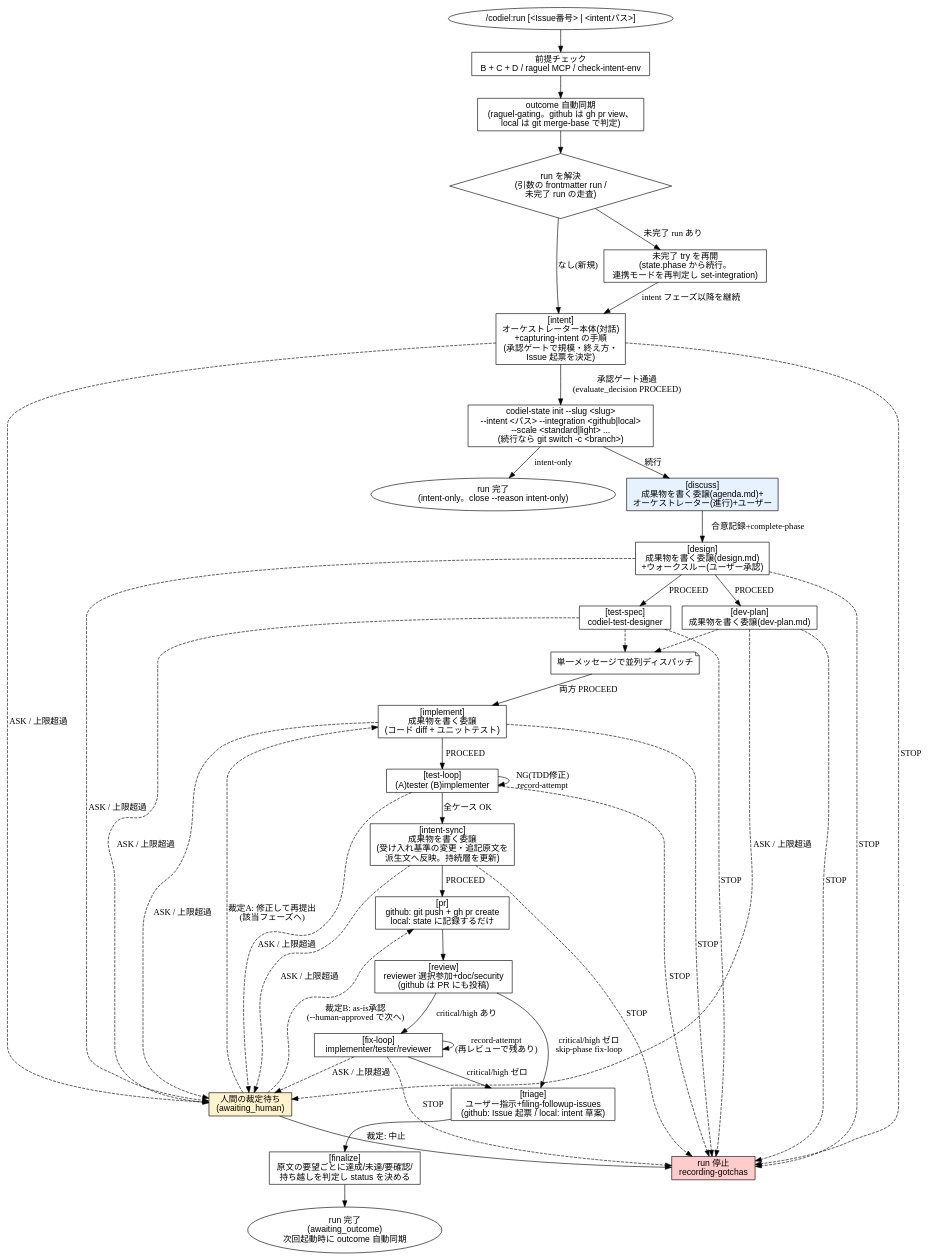
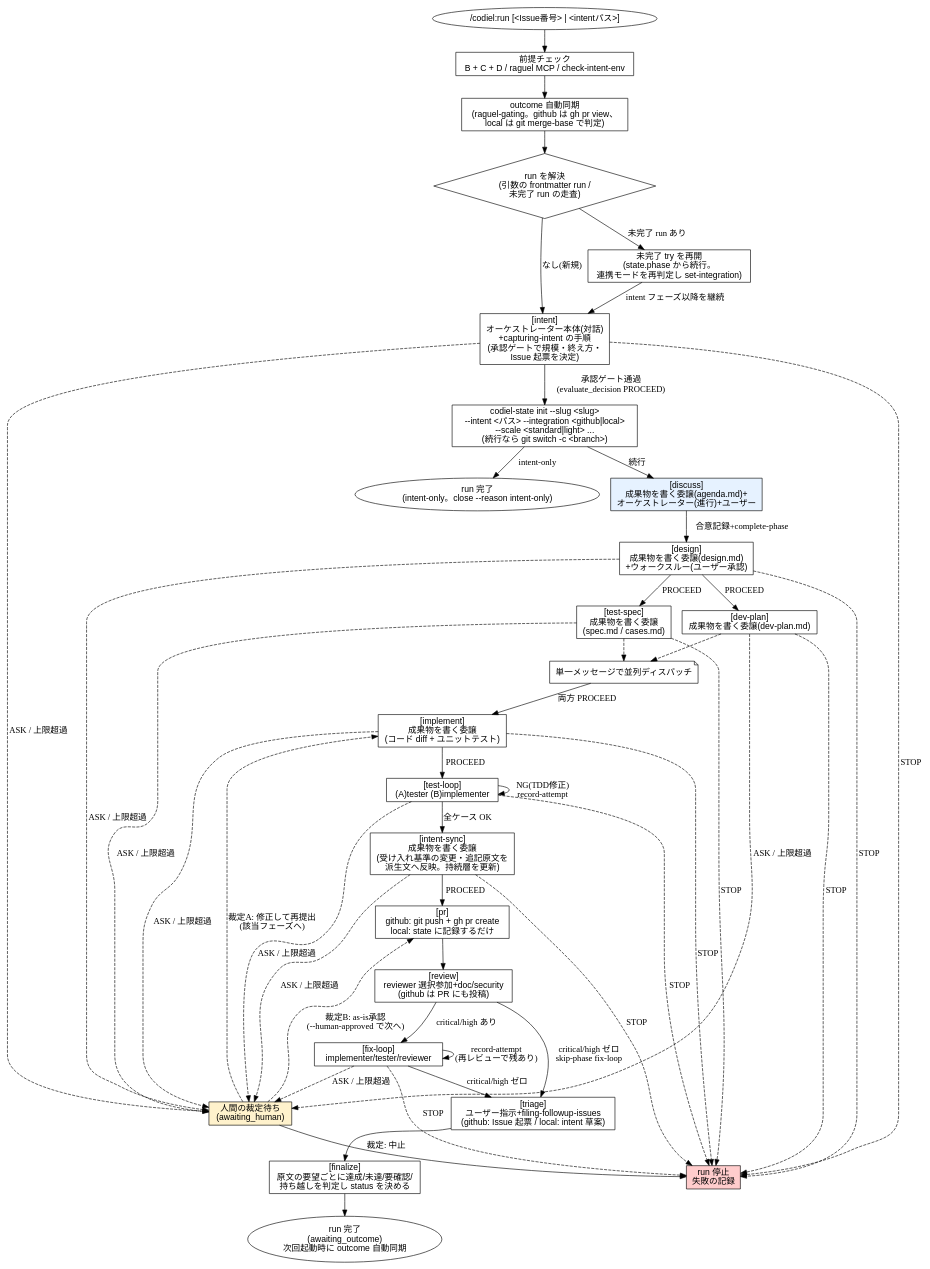
Before and after one commit to Amatsuka-kobo/amatsuka-claude-plugins: diagram 14 of 15 in plugins/codiel/docs/skill-flowcharts.md, drawn with Graphviz. The commit also changed other lines of this file and 13 other files, not shown here.

Commit message:
feat(codiel): codiel-test-designer と recording-gotchas を廃止し、画像の手順と CLAUDE.example を最新化する

````diff
--- a/plugins/codiel/docs/skill-flowcharts.md
+++ b/plugins/codiel/docs/skill-flowcharts.md
@@ -603,65 +575,65 @@
 ```dot
 digraph codiel_run {
   rankdir=TB;
   node [fontname="sans-serif"];
 
   start [label="/codiel:run [<Issue番号> | <intentパス>]", shape=ellipse];
   precheck [label="前提チェック\nB + C + D / raguel MCP / check-intent-env", shape=box];
   sync [label="outcome 自動同期\n(raguel-gating。github は gh pr view、\nlocal は git merge-base で判定)", shape=box];
   resolve [label="run を解決\n(引数の frontmatter run /\n未完了 run の走査)", shape=diamond];
   resume [label="未完了 try を再開\n(state.phase から続行。\n連携モードを再判定し set-integration)", shape=box];
 
   intent [label="[intent]\nオーケストレーター本体(対話)\n+capturing-intent の手順\n(承認ゲートで規模・終え方・\nIssue 起票を決定)", shape=box];
   intent_init [label="codiel-state init --slug <slug>\n--intent <パス> --integration <github|local>\n--scale <standard|light> ...\n(続行なら git switch -c <branch>)", shape=box];
   discuss [label="[discuss]\n成果物を書く委譲(agenda.md)+\nオーケストレーター(進行)+ユーザー", shape=box, style=filled, fillcolor="#e6f2ff"];
   design [label="[design]\n成果物を書く委譲(design.md)\n+ウォークスルー(ユーザー承認)", shape=box];
-  testspec [label="[test-spec]\ncodiel-test-designer", shape=box];
+  testspec [label="[test-spec]\n成果物を書く委譲\n(spec.md / cases.md)", shape=box];
   devplan [label="[dev-plan]\n成果物を書く委譲(dev-plan.md)", shape=box];
   parallel [label="単一メッセージで並列ディスパッチ", shape=note];
   implement [label="[implement]\n成果物を書く委譲\n(コード diff + ユニットテスト)", shape=box];
   testloop [label="[test-loop]\n(A)tester (B)implementer", shape=box];
   intentsync [label="[intent-sync]\n成果物を書く委譲\n(受け入れ基準の変更・追記原文を\n派生文へ反映。持続層を更新)", shape=box];
   pr [label="[pr]\ngithub: git push + gh pr create\nlocal: state に記録するだけ", shape=box];
   review [label="[review]\nreviewer 選択参加+doc/security\n(github は PR にも投稿)", shape=box];
   fixloop [label="[fix-loop]\nimplementer/tester/reviewer", shape=box];
   triage [label="[triage]\nユーザー指示+filing-followup-issues\n(github: Issue 起票 / local: intent 草案)", shape=box];
   finalize [label="[finalize]\n原文の要望ごとに達成/未達/要確認/\n持ち越しを判定し status を決める", shape=box];
 
   human [label="人間の裁定待ち\n(awaiting_human)", shape=box, style=filled, fillcolor="#fff2cc"];
-  stopped [label="run 停止\nrecording-gotchas", shape=box, style=filled, fillcolor="#ffcccc"];
+  stopped [label="run 停止\n失敗の記録", shape=box, style=filled, fillcolor="#ffcccc"];
   outcome [label="run 完了\n(awaiting_outcome)\n次回起動時に outcome 自動同期", shape=ellipse];
   intentonly [label="run 完了\n(intent-only。close --reason intent-only)", shape=ellipse];
 
   start -> precheck -> sync -> resolve;
   resolve -> resume [label="未完了 run あり"];
   resolve -> intent [label="なし(新規)"];
   resume -> intent [label="intent フェーズ以降を継続"];
 
   intent -> intent_init [label="承認ゲート通過\n(evaluate_decision PROCEED)"];
   intent_init -> discuss [label="続行"];
   intent_init -> intentonly [label="intent-only"];
   discuss -> design [label="合意記録+complete-phase"];
   design -> testspec [label="PROCEED"];
   design -> devplan [label="PROCEED"];
   testspec -> parallel [style=dashed];
   devplan -> parallel [style=dashed];
   parallel -> implement [label="両方 PROCEED"];
   implement -> testloop [label="PROCEED"];
   testloop -> testloop [label="NG(TDD修正)\nrecord-attempt"];
   testloop -> intentsync [label="全ケース OK"];
   intentsync -> pr [label="PROCEED"];
   pr -> review;
   review -> fixloop [label="critical/high あり"];
   review -> triage [label="critical/high ゼロ\nskip-phase fix-loop"];
   fixloop -> fixloop [label="record-attempt\n(再レビューで残あり)"];
   fixloop -> triage [label="critical/high ゼロ"];
   triage -> finalize;
   finalize -> outcome;
 
   { intent design testspec devplan implement testloop intentsync fixloop } -> human [label="ASK / 上限超過", style=dashed];
   { intent design testspec devplan implement testloop intentsync fixloop } -> stopped [label="STOP", style=dashed];
   human -> stopped [label="裁定: 中止"];
   human -> implement [label="裁定A: 修正して再提出\n(該当フェーズへ)", style=dashed];
   human -> pr [label="裁定B: as-is承認\n(--human-approved で次へ)", style=dashed];
 }
 ```
````
